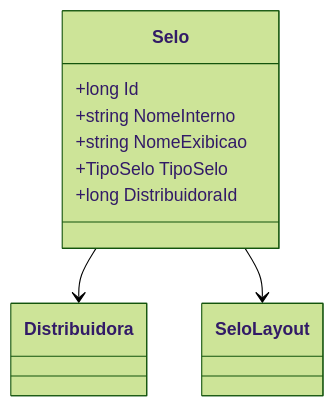
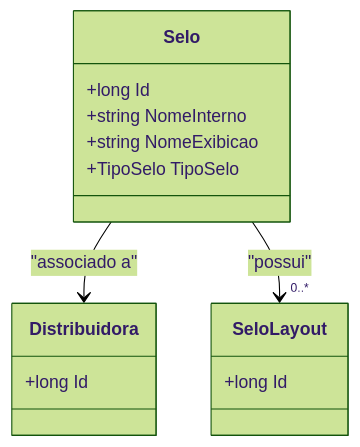
The diagram in docs/b2b-dominio/IsthmusWinthor.Nucleo/IsthmusWinthor.Dominio/Entidades/Selo.md (IsthmusSistemas/documentacao-tecnica), drawn with Mermaid (forest theme) before and after one commit. The commit also changed other lines of this file and 882 other files, not shown here.

````diff
--- a/docs/b2b-dominio/IsthmusWinthor.Nucleo/IsthmusWinthor.Dominio/Entidades/Selo.md
+++ b/docs/b2b-dominio/IsthmusWinthor.Nucleo/IsthmusWinthor.Dominio/Entidades/Selo.md
@@ -22,15 +22,17 @@
 ```mermaid
 classDiagram
     class Selo {
         +long Id
         +string NomeInterno
         +string NomeExibicao
         +TipoSelo TipoSelo
-        +long DistribuidoraId
     }
-    class Distribuidora
-    class SeloLayout
-
-    Selo --> Distribuidora
-    Selo --> SeloLayout
+    class Distribuidora {
+        +long Id
+    }
+    class SeloLayout {
+        +long Id
+    }
+    Selo --> Distribuidora : "associado a"
+    Selo --> "0..*" SeloLayout : "possui"
 ```
````
